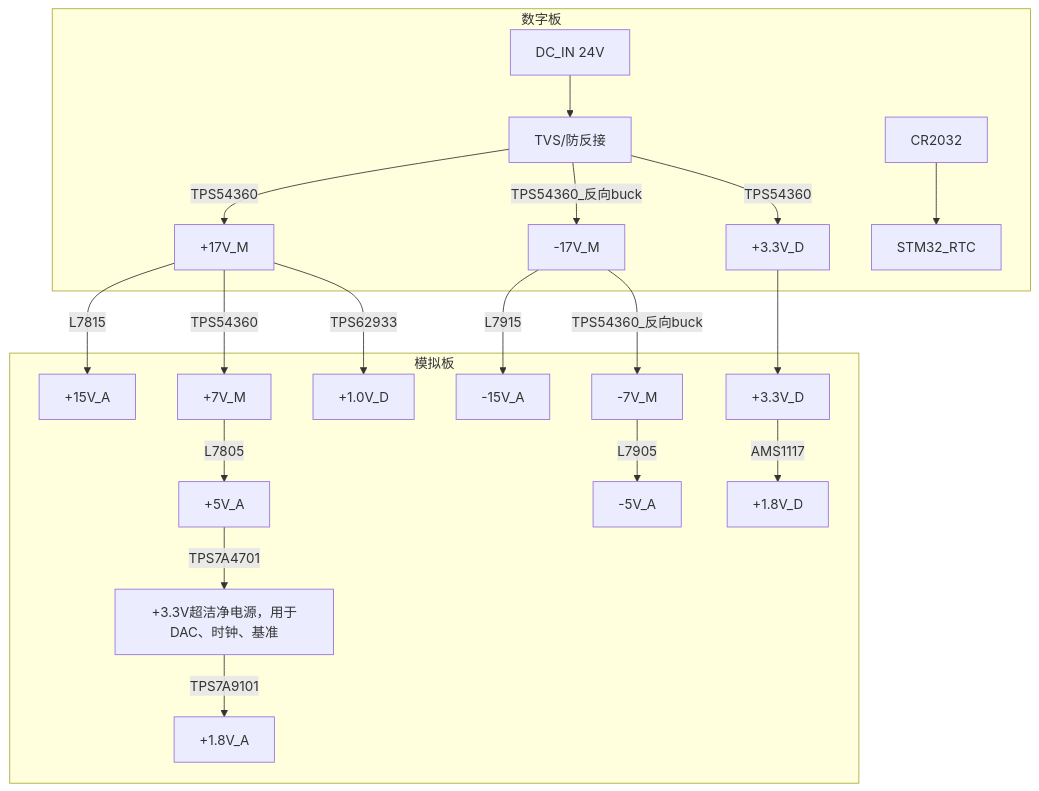
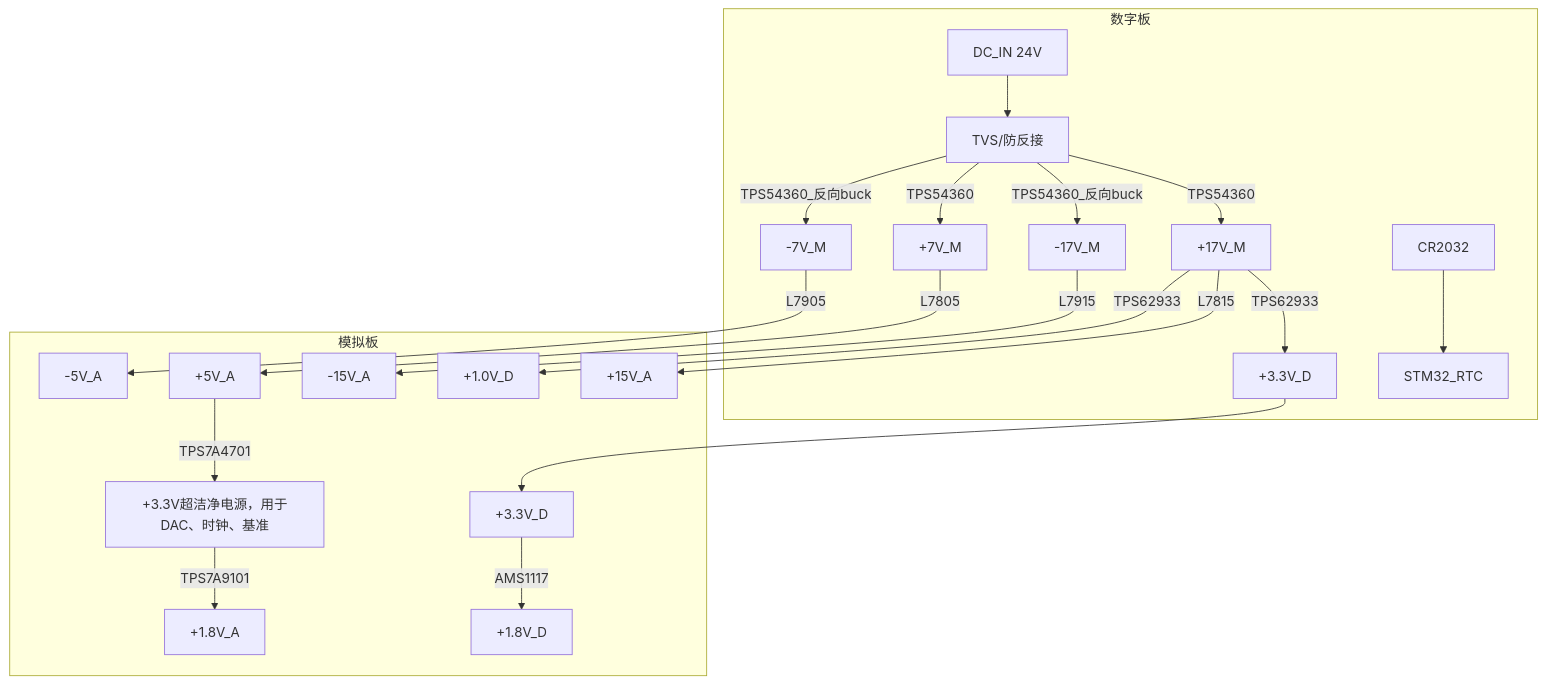
Before and after one commit to EERNINUO/ArbWave30: the diagram in docs/硬件架构文档.md, drawn with Mermaid. The commit also changed other lines of this file and 9 other files, not shown here.

````diff
--- a/docs/硬件架构文档.md
+++ b/docs/硬件架构文档.md
@@ -97,28 +97,28 @@
 ```mermaid
 graph TD
   subgraph 数字板
   Vin[DC_IN 24V] --> TVS[TVS/防反接]
 
   TVS -->|TPS54360| +17V_M[+17V_M]
   TVS -->|TPS54360_反向buck| -17V_M[-17V_M]
-  TVS -->|TPS54360| +3.3V_D[+3.3V_D]
-    +3.3V_D[+3.3V_D]
+  TVS -->|TPS54360| +7V_M[+7V_M]  
+  TVS -->|TPS54360_反向buck| -7V_M[-7V_M]  
+  +17V_M -->|TPS62933| +3.3V_D[+3.3V_D]
+  +3.3V_D[+3.3V_D]
 
-    +3.0V_RTC[CR2032] --> STM32_RTC
+  +3.0V_RTC[CR2032] --> STM32_RTC
   end
 
   subgraph 模拟板
     +17V_M -->|L7815| +15V_A[+15V_A]  
     -17V_M -->|L7915| -15V_A[-15V_A]  
-    +17V_M -->|TPS54360| +7V_M[+7V_M]  
-    -17V_M -->|TPS54360_反向buck| -7V_M[-7V_M]  
     +7V_M -->|L7805| +5V_A[+5V_A]  
     -7V_M -->|L7905| -5V_A[-5V_A]  
     +5V_A -->|TPS7A4701| +3.3V_A[+3.3V超洁净电源，用于DAC、时钟、基准]
     +3.3V_A -->|TPS7A9101| +1.8V_A[+1.8V_A]
 
     +3.3V_D --> +3.3V_D_on_A_board[+3.3V_D]
     +3.3V_D_on_A_board -->|AMS1117| +1.8V_D[+1.8V_D]
     +17V_M -->|TPS62933| +1.0V_D[+1.0V_D]
   end
 ```
````
